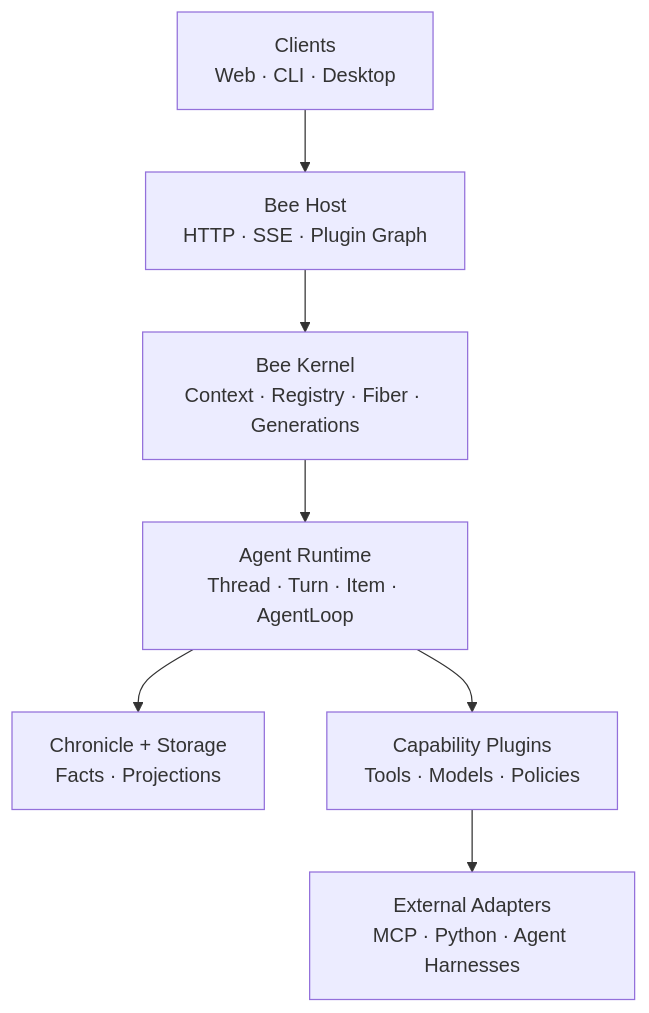
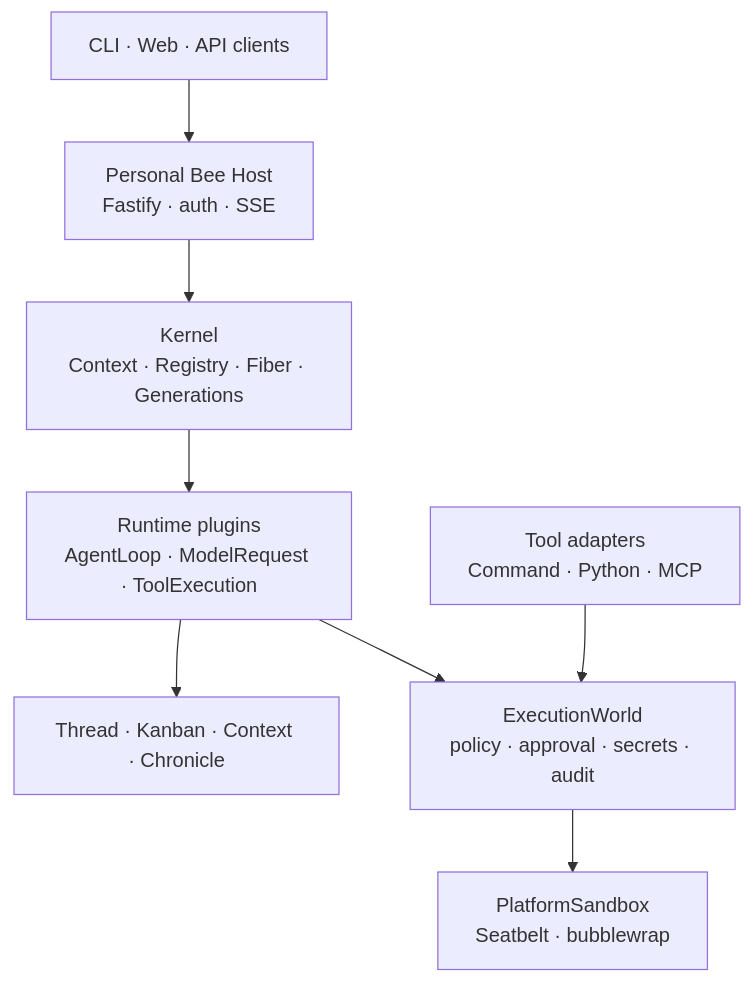
The diagram in README.md (darifo/bee-agent), drawn with Mermaid before and after one commit. The commit also changed other lines of this file and 16 other files, not shown here.

Commit message:
docs: align project and architecture status

````diff
--- a/README.md
+++ b/README.md
@@ -73,17 +40,19 @@
 ```mermaid
 flowchart TB
-  clients["Clients<br/>Web · CLI · Desktop"]
-  server["Bee Host<br/>HTTP · SSE · Plugin Graph"]
-  kernel["Bee Kernel<br/>Context · Registry · Fiber · Generations"]
-  runtime["Agent Runtime<br/>Thread · Turn · Item · AgentLoop"]
-  storage["Chronicle + Storage<br/>Facts · Projections"]
-  plugins["Capability Plugins<br/>Tools · Models · Policies"]
-  adapters["External Adapters<br/>MCP · Python · Agent Harnesses"]
+  clients["CLI · Web · API clients"]
+  host["Personal Bee Host<br/>Fastify · auth · SSE"]
+  kernel["Kernel<br/>Context · Registry · Fiber · Generations"]
+  runtime["Runtime plugins<br/>AgentLoop · ModelRequest · ToolExecution"]
+  domains["Thread · Kanban · Context · Chronicle"]
+  world["ExecutionWorld<br/>policy · approval · secrets · audit"]
+  sandbox["PlatformSandbox<br/>Seatbelt · bubblewrap"]
+  adapters["Tool adapters<br/>Command · Python · MCP"]
 
-  clients --> server
-  server --> kernel
+  clients --> host
+  host --> kernel
   kernel --> runtime
-  runtime --> storage
-  runtime --> plugins
-  plugins --> adapters
+  runtime --> domains
+  runtime --> world
+  world --> sandbox
+  adapters --> world
 ```
````
